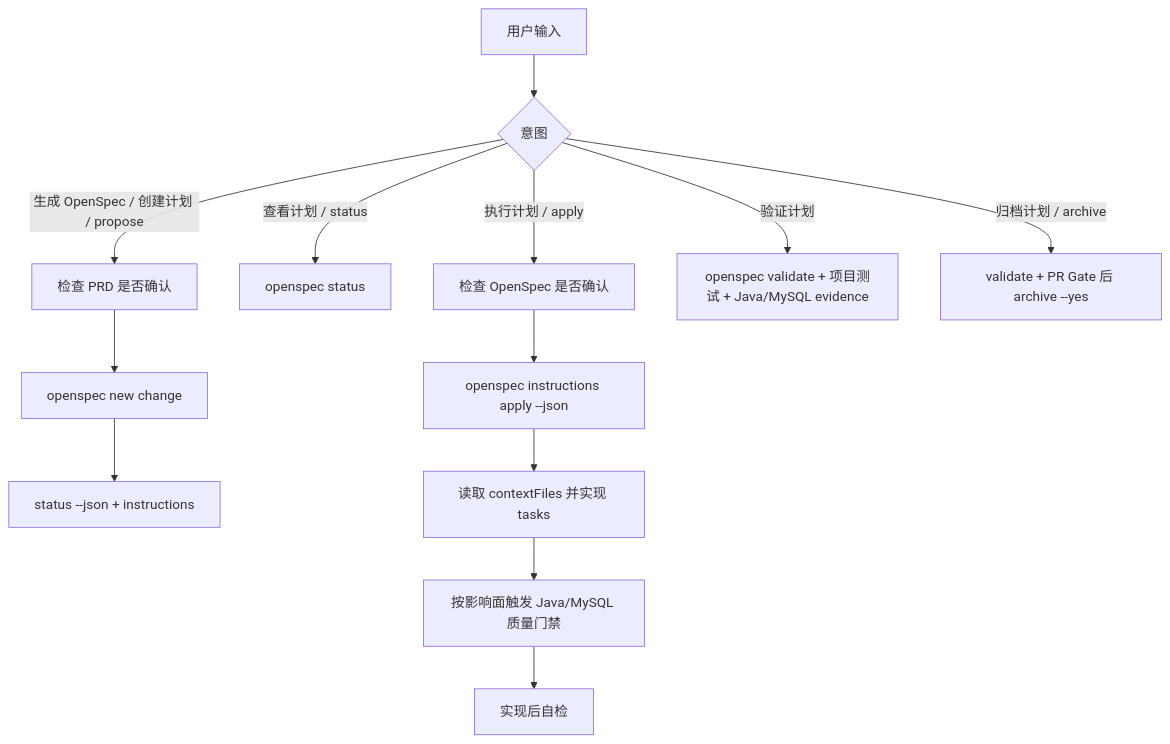
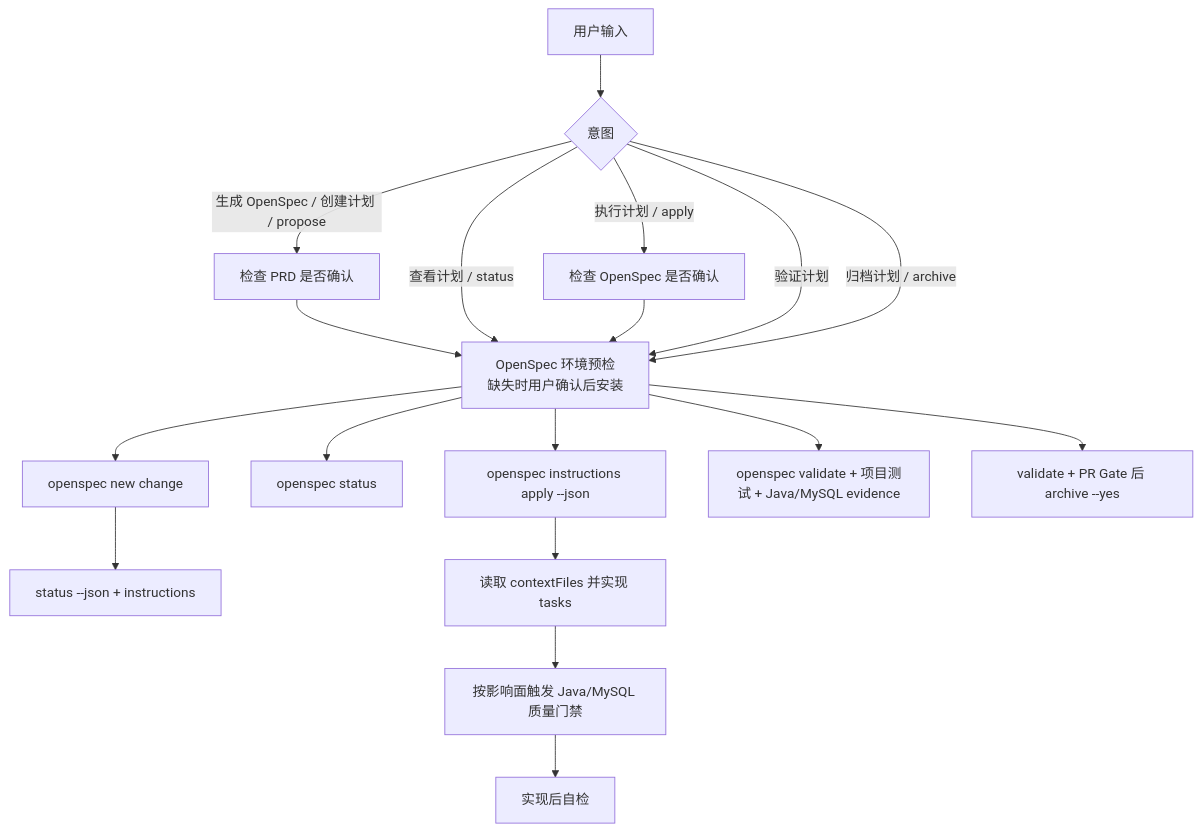
One commit to WealthyMan95/hades-openspec-java-workflow changed the fourth of 6 diagrams in 流程图.md. Above: the diagram before and after it, drawn with Mermaid. The commit also changed 11 other files, not shown here.

````diff
--- a/流程图.md
+++ b/流程图.md
@@ -82,15 +82,20 @@
 ```mermaid
 flowchart TD
   A["用户输入"] --> B{"意图"}
   B -- "生成 OpenSpec / 创建计划 / propose" --> C["检查 PRD 是否确认"]
-  C --> D["openspec new change"]
+  C --> P["OpenSpec 环境预检<br/>缺失时用户确认后安装"]
+  P --> D["openspec new change"]
   D --> E["status --json + instructions"]
-  B -- "查看计划 / status" --> F["openspec status"]
+  B -- "查看计划 / status" --> P
+  P --> F["openspec status"]
   B -- "执行计划 / apply" --> G["检查 OpenSpec 是否确认"]
-  G --> H["openspec instructions apply --json"]
+  G --> P
+  P --> H["openspec instructions apply --json"]
   H --> I["读取 contextFiles 并实现 tasks"]
   I --> I1["按影响面触发 Java/MySQL 质量门禁"]
   I1 --> I2["实现后自检"]
-  B -- "验证计划" --> J["openspec validate + 项目测试 + Java/MySQL evidence"]
-  B -- "归档计划 / archive" --> K["validate + PR Gate 后 archive --yes"]
+  B -- "验证计划" --> P
+  P --> J["openspec validate + 项目测试 + Java/MySQL evidence"]
+  B -- "归档计划 / archive" --> P
+  P --> K["validate + PR Gate 后 archive --yes"]
 ```
````
